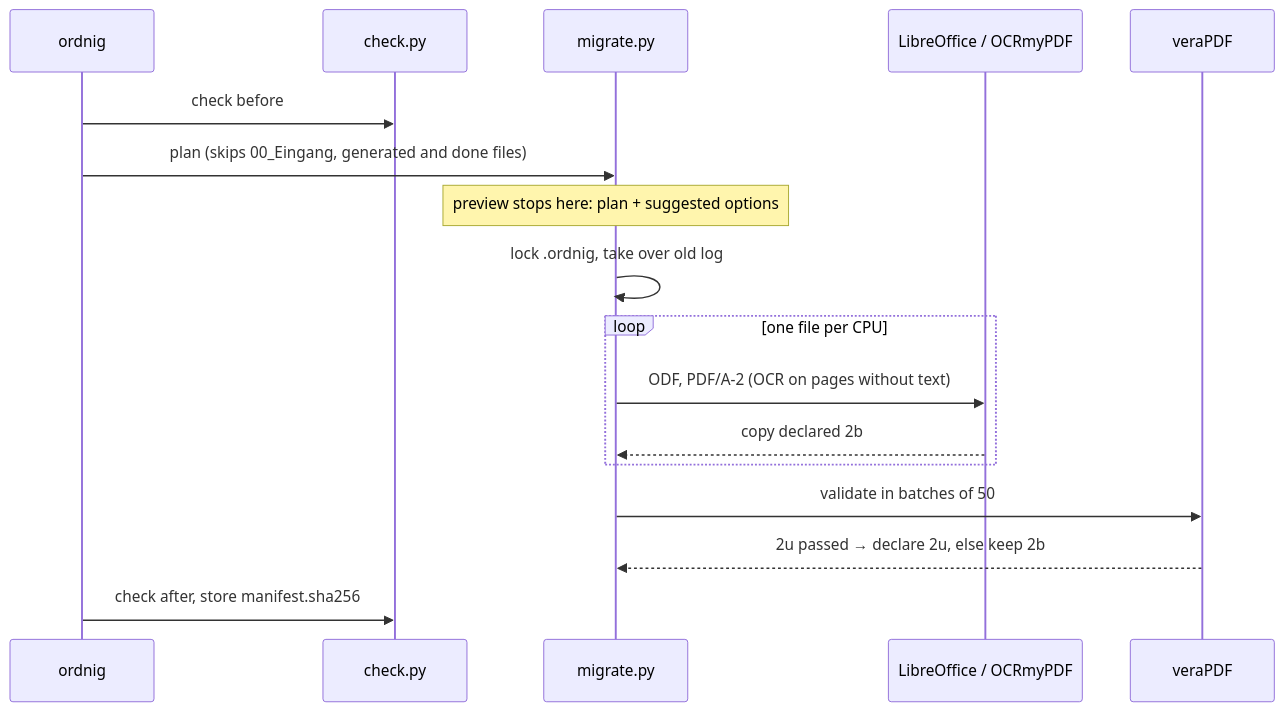
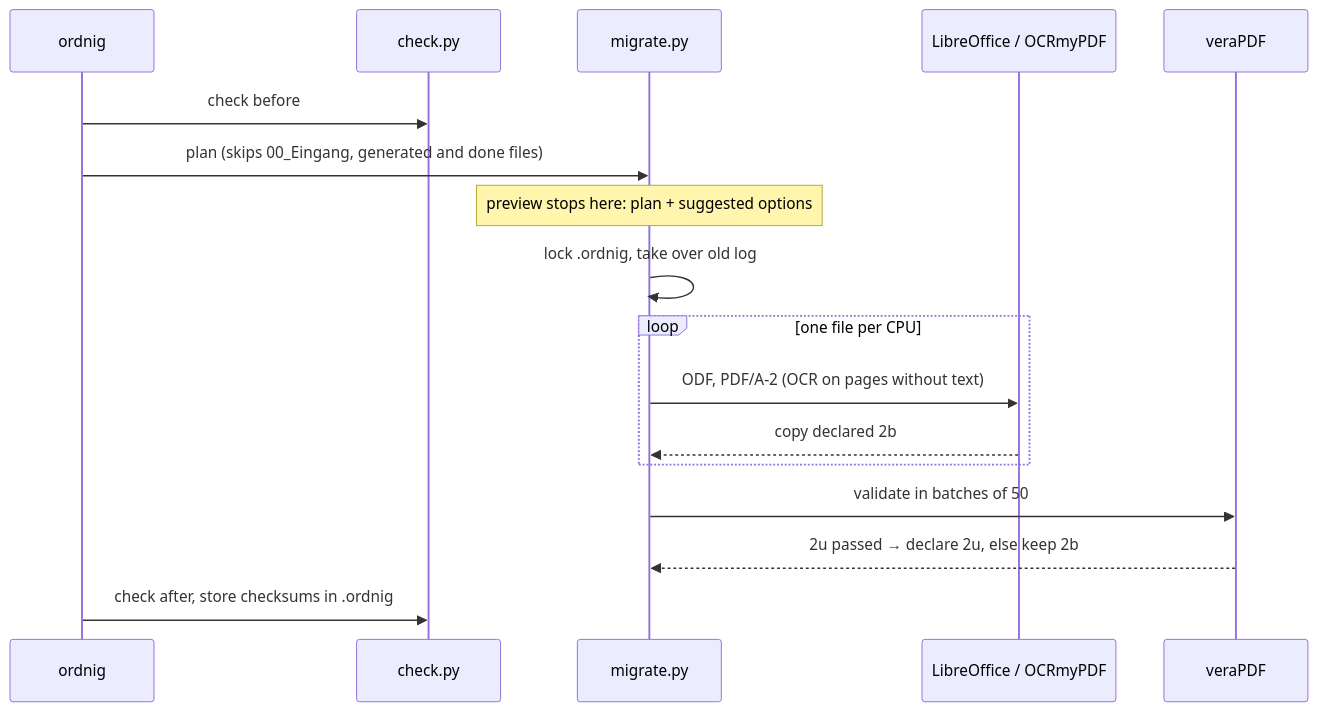
The first of 3 diagrams in docs/arc42/06-runtime-view.md (Tiliavir/ordnig), drawn with Mermaid before and after one commit. The commit also changed other lines of this file and 12 other files, not shown here.

````diff
--- a/docs/arc42/06-runtime-view.md
+++ b/docs/arc42/06-runtime-view.md
@@ -5,19 +5,19 @@
 ```mermaid
 sequenceDiagram
     participant E as ordnig
     participant C as check.py
     participant M as migrate.py
     participant T as LibreOffice / OCRmyPDF
     participant V as veraPDF
     E->>C: check before
     E->>M: plan (skips 00_Eingang, generated and done files)
     Note over M: preview stops here: plan + suggested options
     M->>M: lock .ordnig, take over old log
     loop one file per CPU
         M->>T: ODF, PDF/A-2 (OCR on pages without text)
         T-->>M: copy declared 2b
     end
     M->>V: validate in batches of 50
     V-->>M: 2u passed → declare 2u, else keep 2b
-    E->>C: check after, store manifest.sha256
+    E->>C: check after, store checksums in .ordnig
 ```
````
